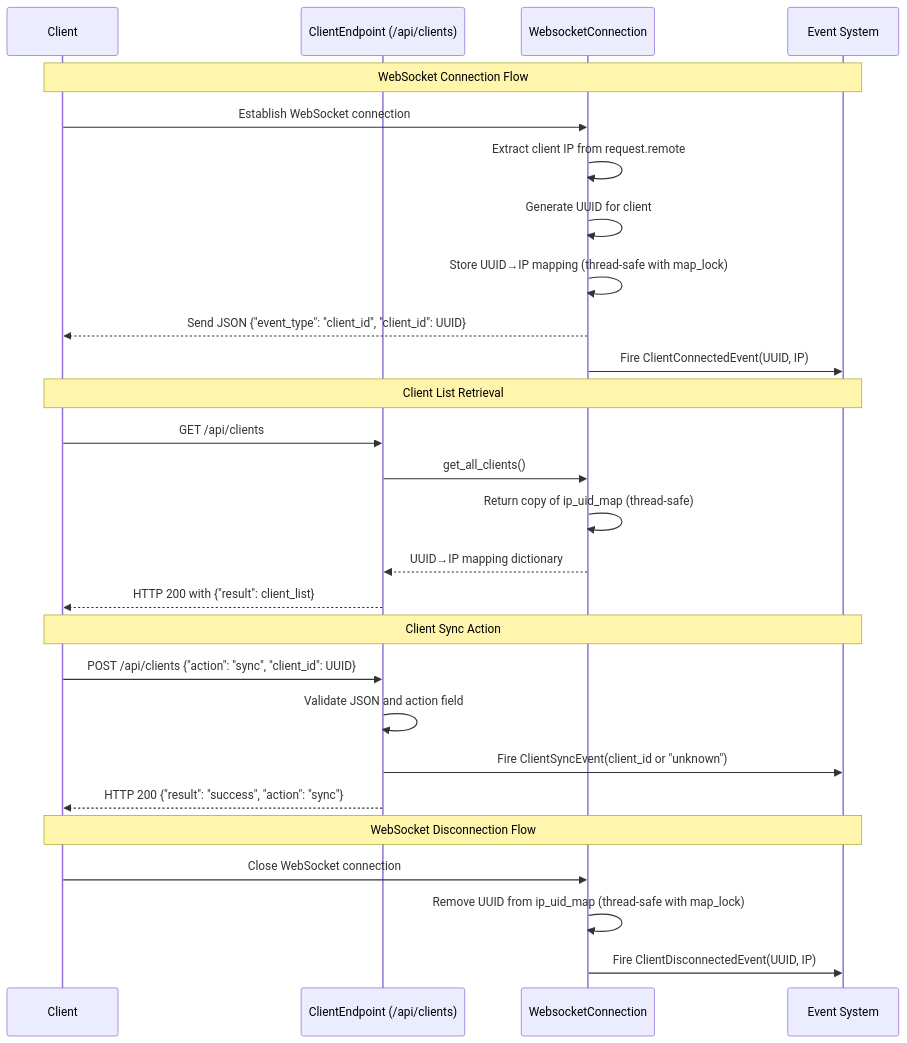
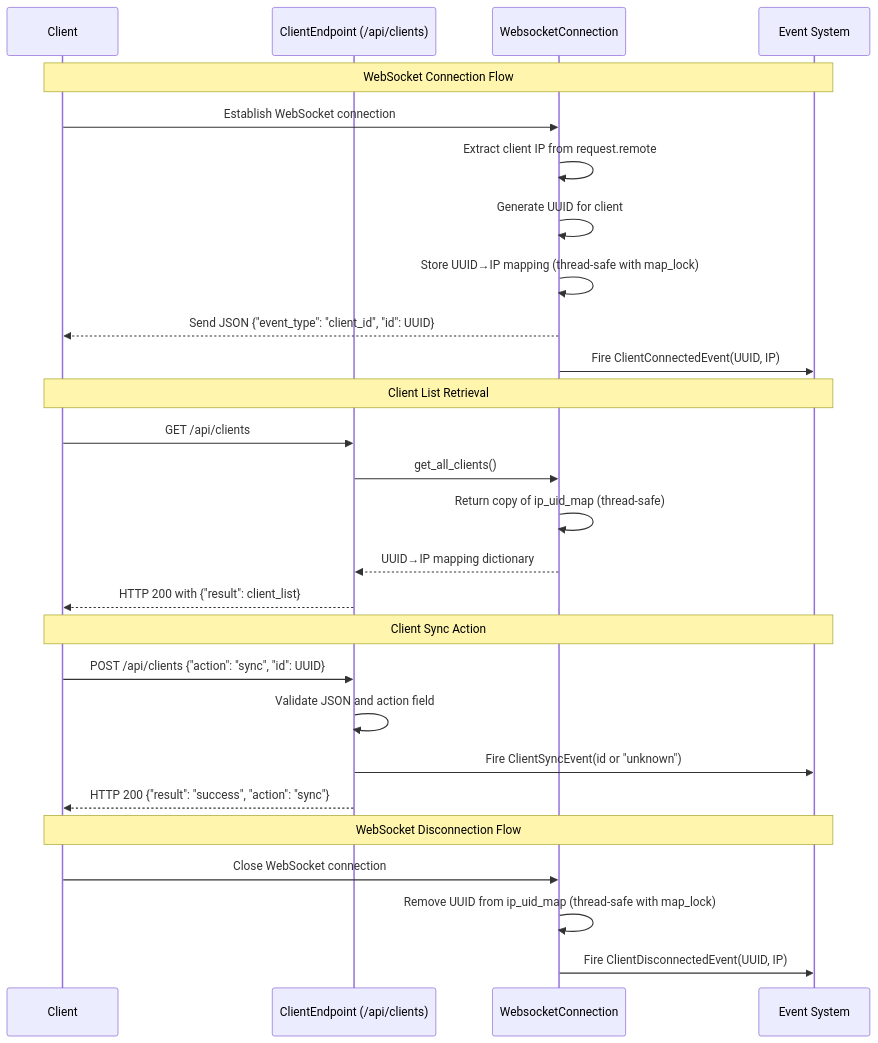
Before and after one commit to LedFx/LedFx: the diagram in docs/api.md, drawn with Mermaid. The commit also changed 1 other file, not shown here.

Commit message:
added working sequence charts

````diff
--- a/docs/api.md
+++ b/docs/api.md
@@ -1350,35 +1352,33 @@
-::: mermaid
-
+```{mermaid}
   sequenceDiagram
       participant Client
       participant ClientEndpoint as ClientEndpoint (/api/clients)
       participant WebSocketMgr as WebsocketConnection
       participant EventSystem as Event System
 
       Note over Client,EventSystem: WebSocket Connection Flow
       Client->>WebSocketMgr: Establish WebSocket connection
       WebSocketMgr->>WebSocketMgr: Extract client IP from request.remote
       WebSocketMgr->>WebSocketMgr: Generate UUID for client
       WebSocketMgr->>WebSocketMgr: Store UUID→IP mapping (thread-safe with map_lock)
-      WebSocketMgr-->>Client: Send JSON {"event_type": "client_id", "client_id": UUID}
+      WebSocketMgr-->>Client: Send JSON {"event_type": "client_id", "id": UUID}
       WebSocketMgr->>EventSystem: Fire ClientConnectedEvent(UUID, IP)
 
       Note over Client,EventSystem: Client List Retrieval
       Client->>ClientEndpoint: GET /api/clients
       ClientEndpoint->>WebSocketMgr: get_all_clients()
       WebSocketMgr->>WebSocketMgr: Return copy of ip_uid_map (thread-safe)
       WebSocketMgr-->>ClientEndpoint: UUID→IP mapping dictionary
       ClientEndpoint-->>Client: HTTP 200 with {"result": client_list}
 
       Note over Client,EventSystem: Client Sync Action
-      Client->>ClientEndpoint: POST /api/clients {"action": "sync", "client_id": UUID}
+      Client->>ClientEndpoint: POST /api/clients {"action": "sync", "id": UUID}
       ClientEndpoint->>ClientEndpoint: Validate JSON and action field
-      ClientEndpoint->>EventSystem: Fire ClientSyncEvent(client_id or "unknown")
+      ClientEndpoint->>EventSystem: Fire ClientSyncEvent(id or "unknown")
       ClientEndpoint-->>Client: HTTP 200 {"result": "success", "action": "sync"}
 
       Note over Client,EventSystem: WebSocket Disconnection Flow
       Client->>WebSocketMgr: Close WebSocket connection
       WebSocketMgr->>WebSocketMgr: Remove UUID from ip_uid_map (thread-safe with map_lock)
       WebSocketMgr->>EventSystem: Fire ClientDisconnectedEvent(UUID, IP)
-
-:::
+```
````
